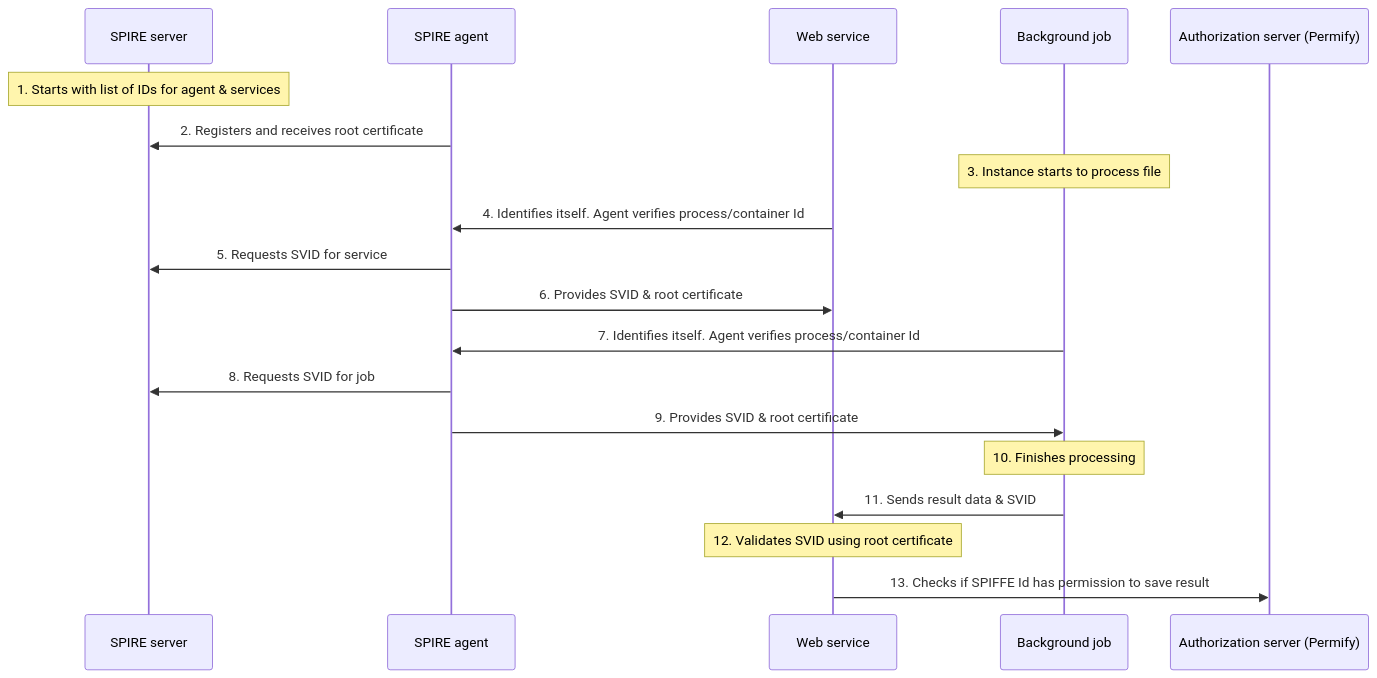
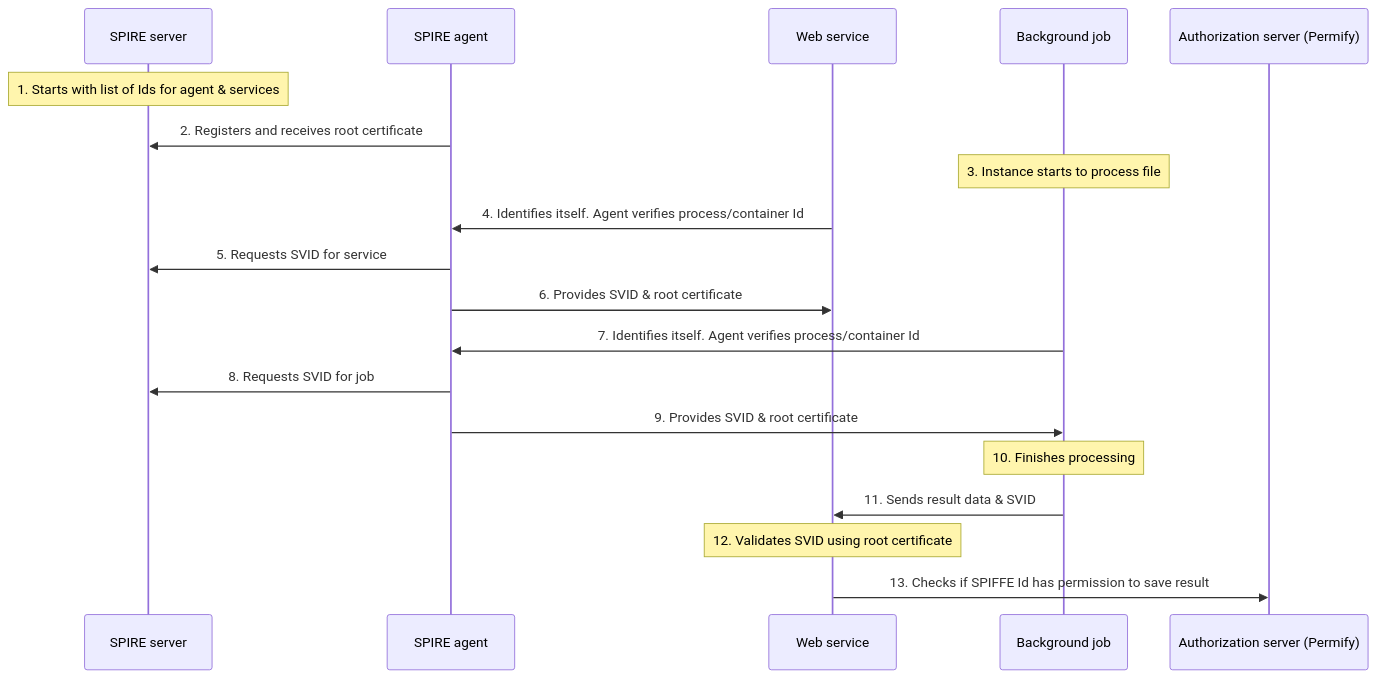
Before and after one commit to FusionAuth/fusionauth-site: the first of 2 diagrams in astro/src/content/docs/operate/secure/permify-spire.mdx, drawn with Mermaid. The commit also changed other lines of this file, not shown here.

````diff
--- a/astro/src/content/docs/operate/secure/permify-spire.mdx
+++ b/astro/src/content/docs/operate/secure/permify-spire.mdx
@@ -79,22 +94,22 @@
 ```mermaid
 sequenceDiagram
     participant Server as SPIRE server
     participant Agent as SPIRE agent
     participant Web as Web service
     participant Job as Background job
     participant Auth as Authorization server (Permify)
 
-    Note over Server: 1. Starts with list of IDs for agent & services
+    Note over Server: 1. Starts with list of Ids for agent & services
     Agent->>Server: 2. Registers and receives root certificate
     Note over Job: 3. Instance starts to process file
     Web->>Agent: 4. Identifies itself. Agent verifies process/container Id
     Agent->>Server: 5. Requests SVID for service
     Agent->>Web: 6. Provides SVID & root certificate
     Job->>Agent: 7. Identifies itself. Agent verifies process/container Id
     Agent->>Server: 8. Requests SVID for job
     Agent->>Job: 9. Provides SVID & root certificate
     Note over Job: 10. Finishes processing
     Job->>Web: 11. Sends result data & SVID
     Note over Web: 12. Validates SVID using root certificate
     Web->>Auth: 13. Checks if SPIFFE Id has permission to save result
 ```
````
